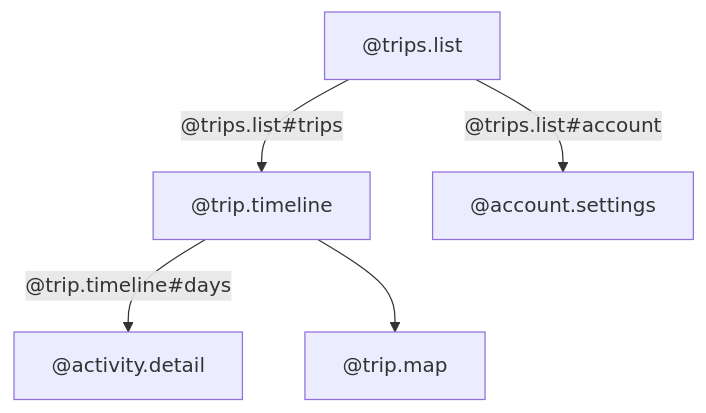
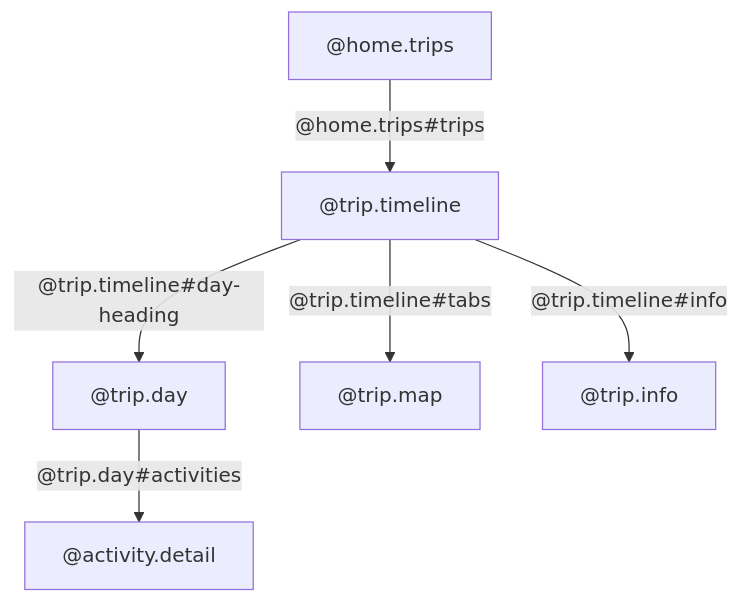
Before and after one commit to c65llc/starboard: the diagram in examples/travel-app/docs/flows/flows/look-around-a-trip.md, drawn with Mermaid. The commit also changed other lines of this file and 195 other files, not shown here.

````diff
--- a/examples/travel-app/docs/flows/flows/look-around-a-trip.md
+++ b/examples/travel-app/docs/flows/flows/look-around-a-trip.md
@@ -8,7 +12,8 @@
 ```mermaid
 flowchart TD
-  list["@trips.list"] -->|"@trips.list#trips"| timeline["@trip.timeline"]
-  timeline -->|"@trip.timeline#days"| detail["@activity.detail"]
-  timeline --> map["@trip.map"]
-  list -->|"@trips.list#account"| account["@account.settings"]
+  trips["@home.trips"] -->|"@home.trips#trips"| timeline["@trip.timeline"]
+  timeline -->|"@trip.timeline#day-heading"| day["@trip.day"]
+  day -->|"@trip.day#activities"| detail["@activity.detail"]
+  timeline -->|"@trip.timeline#tabs"| map["@trip.map"]
+  timeline -->|"@trip.timeline#info"| info["@trip.info"]
 ```
````
